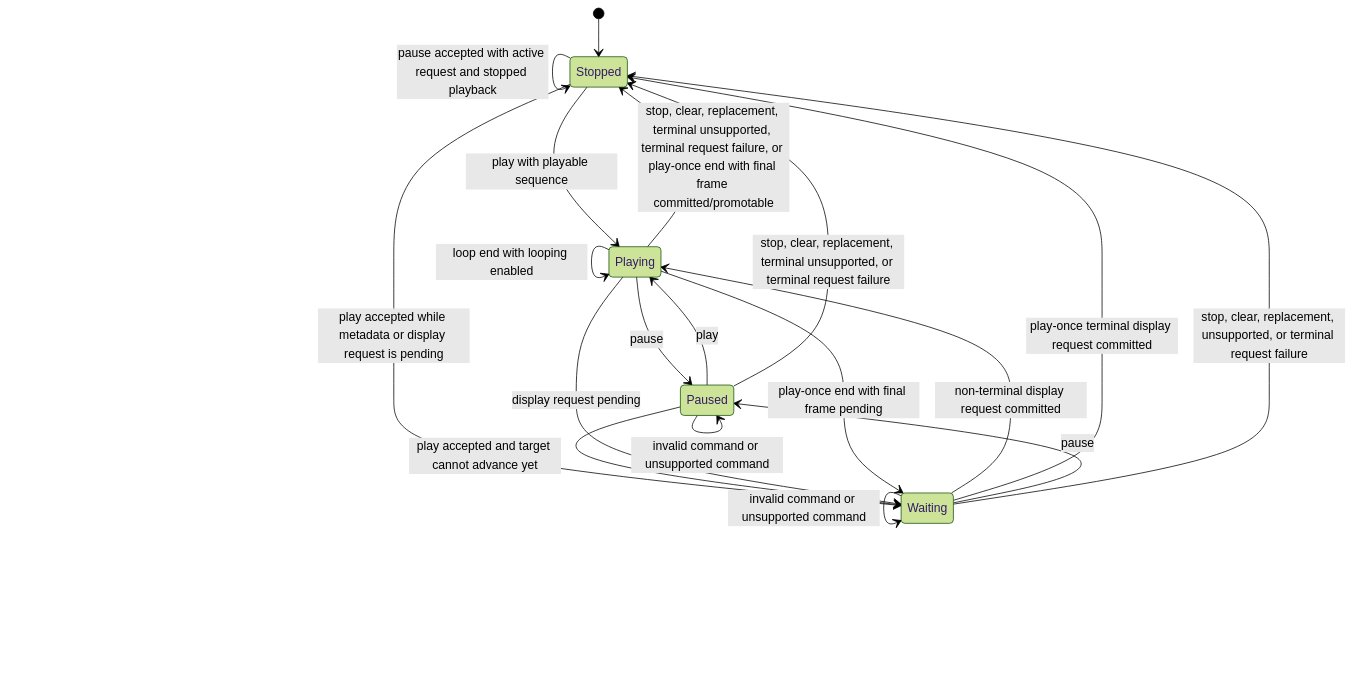
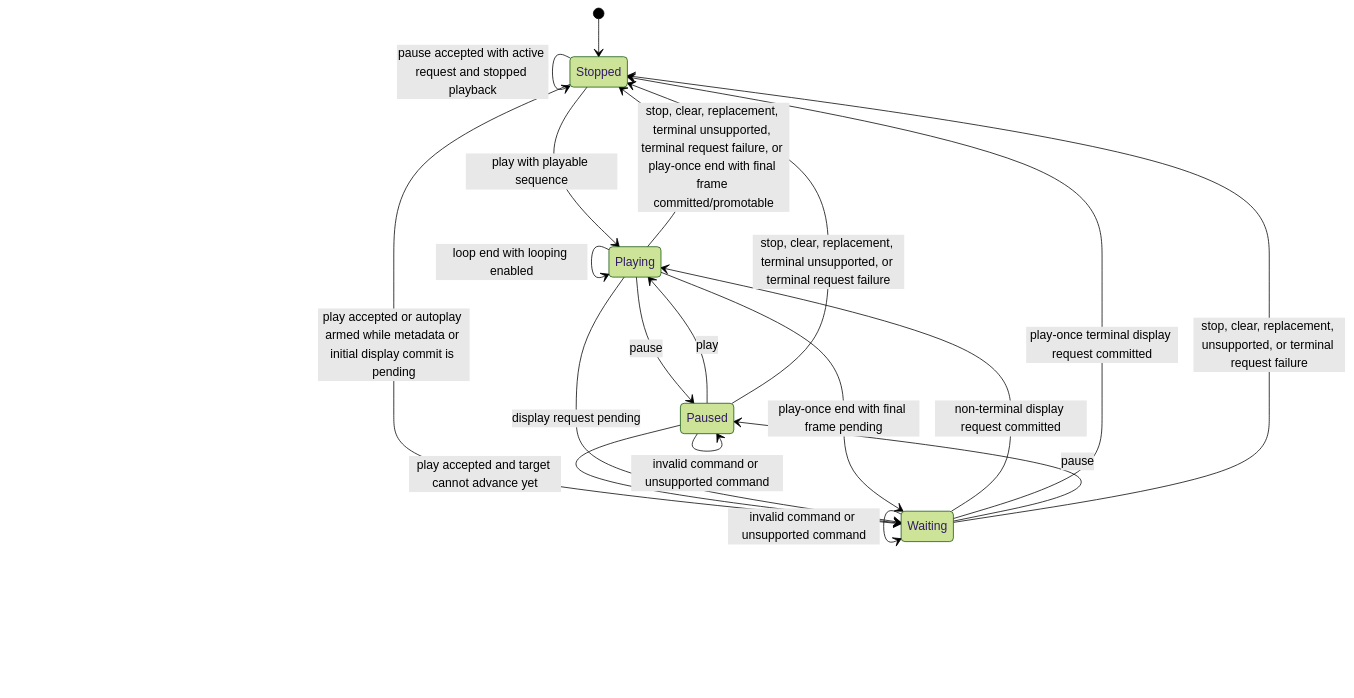
The diagram in docs/architecture/playback-state-machine.md (hnjae/kiriview), drawn with Mermaid (forest theme) before and after one commit. The commit also changed other lines of this file and 8 other files, not shown here.

````diff
--- a/docs/architecture/playback-state-machine.md
+++ b/docs/architecture/playback-state-machine.md
@@ -5,23 +5,23 @@
 ```mermaid
 stateDiagram-v2
     [*] --> Stopped
     Stopped --> Playing: play with playable sequence
-    Stopped --> Waiting: play accepted while metadata or display request is pending
+    Stopped --> Waiting: play accepted or autoplay armed while metadata or initial display commit is pending
     Playing --> Paused: pause
     Paused --> Playing: play
     Paused --> Waiting: play accepted and target cannot advance yet
     Playing --> Waiting: display request pending
     Waiting --> Playing: non-terminal display request committed
     Waiting --> Stopped: play-once terminal display request committed
     Waiting --> Paused: pause
     Waiting --> Stopped: stop, clear, replacement, unsupported, or terminal request failure
     Playing --> Waiting: play-once end with final frame pending
     Playing --> Stopped: stop, clear, replacement, terminal unsupported, terminal request failure, or play-once end with final frame committed/promotable
     Paused --> Stopped: stop, clear, replacement, terminal unsupported, or terminal request failure
     Stopped --> Stopped: clear, invalid command, or unsupported command
     Stopped --> Stopped: pause accepted with active request and stopped playback
     Playing --> Playing: invalid command or unsupported command
     Waiting --> Waiting: invalid command or unsupported command
     Paused --> Paused: invalid command or unsupported command
     Playing --> Playing: loop end with looping enabled
 ```
````
